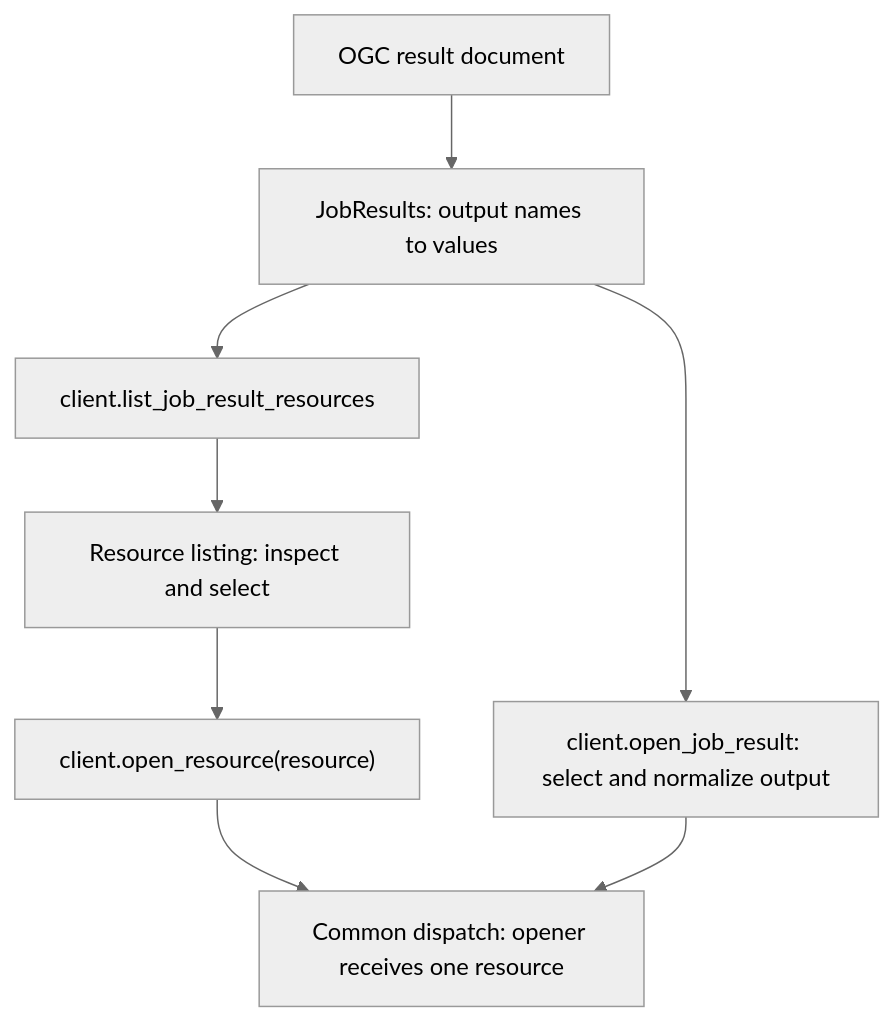
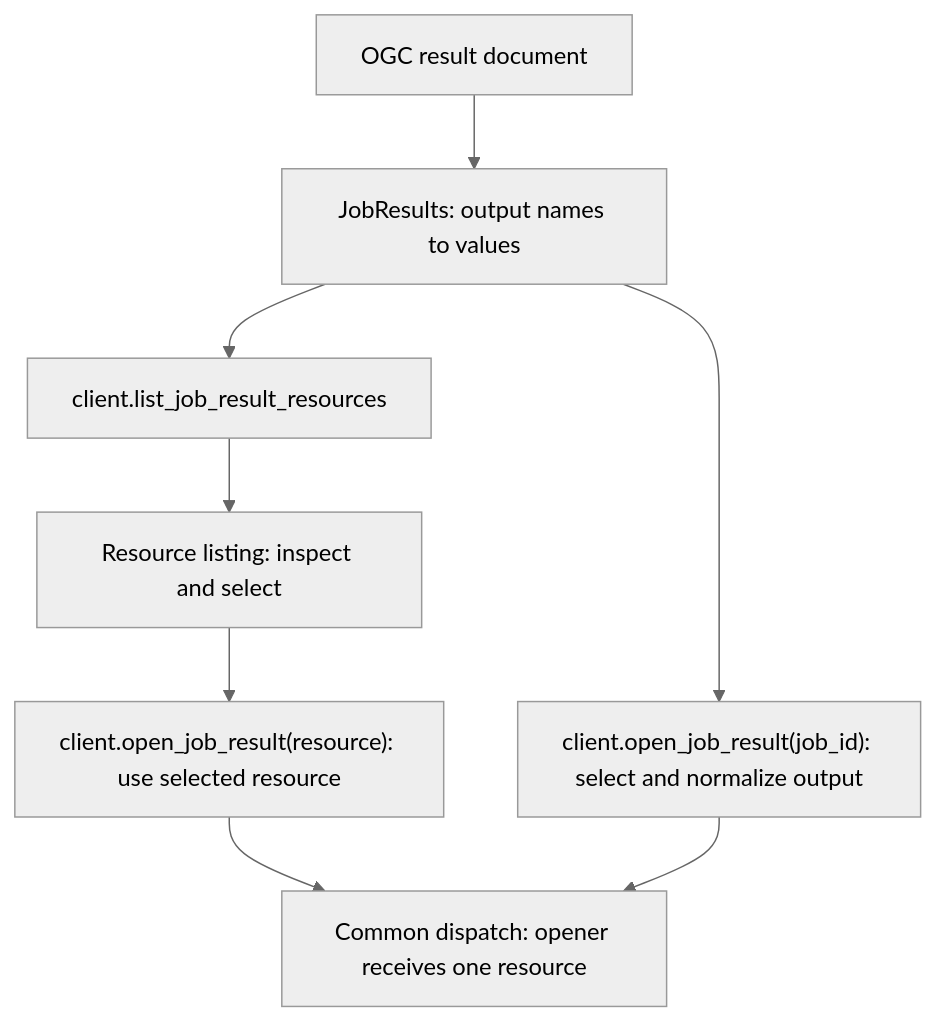
One commit to eo-tools/eozilla changed the diagram in docs/cuiman/job-result-resources.md. Above: the diagram before and after it, drawn with Mermaid (neutral theme). The commit also changed other lines of this file, not shown here.

Commit message:
Updated the spec docs/cuiman/job-result-resources.md to use one overloaded open_job_result() method for job IDs and resources.

````diff
--- a/docs/cuiman/job-result-resources.md
+++ b/docs/cuiman/job-result-resources.md
@@ -277,10 +277,10 @@
 ```mermaid
 flowchart TD
     A["OGC result document"] --> B["JobResults: output names to values"]
     B --> C["client.list_job_result_resources"]
     C --> D["Resource listing: inspect and select"]
-    D --> E["client.open_resource(resource)"]
-    B --> F["client.open_job_result: select and normalize output"]
+    D --> E["client.open_job_result(resource): use selected resource"]
+    B --> F["client.open_job_result(job_id): select and normalize output"]
     E --> G["Common dispatch: opener receives one resource"]
     F --> G
 ```
````
